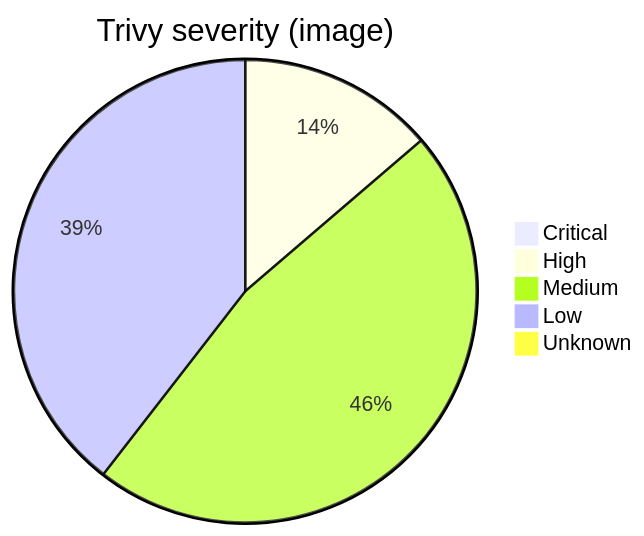
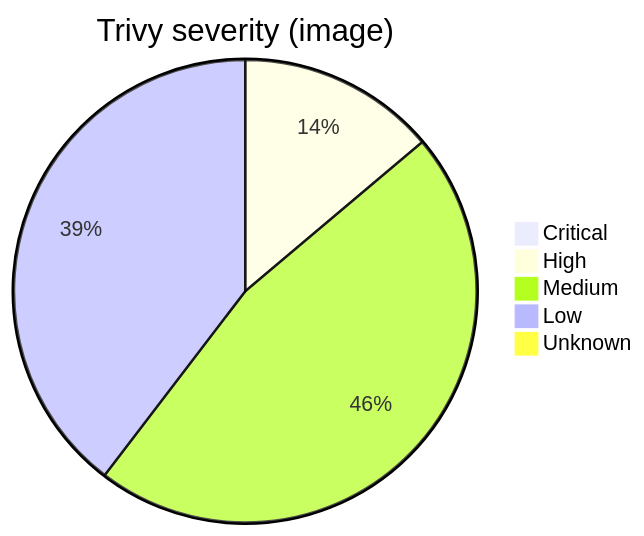
Before and after one commit to raph-rcn/devsecops-juice-shop: the first of 2 diagrams in README.md, drawn with Mermaid. The commit also changed other lines of this file and 1 other file, not shown here.

````diff
--- a/README.md
+++ b/README.md
@@ -12,8 +12,8 @@
 ```mermaid
 pie title Trivy severity (image)
   "Critical" : 10
-  "High" : 149
-  "Medium" : 508
+  "High" : 150
+  "Medium" : 504
   "Low" : 429
   "Unknown" : 1
 ```
````
